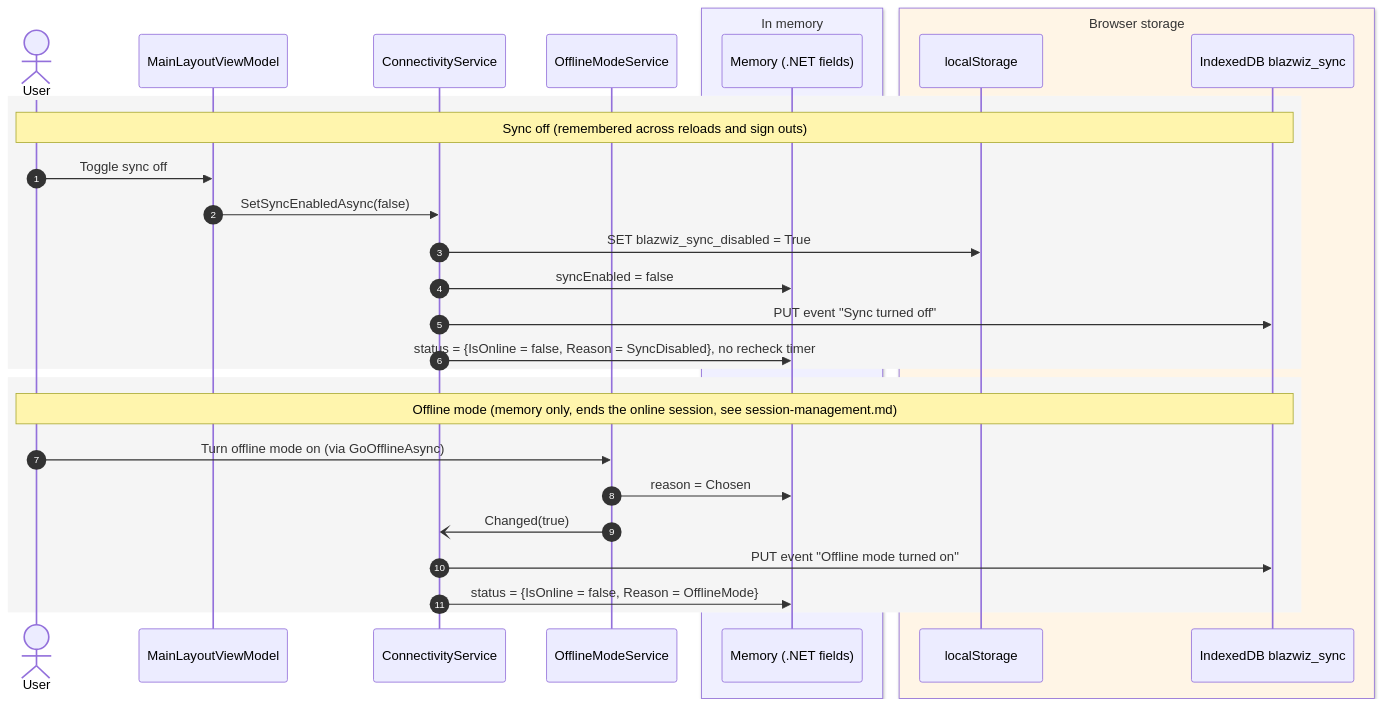
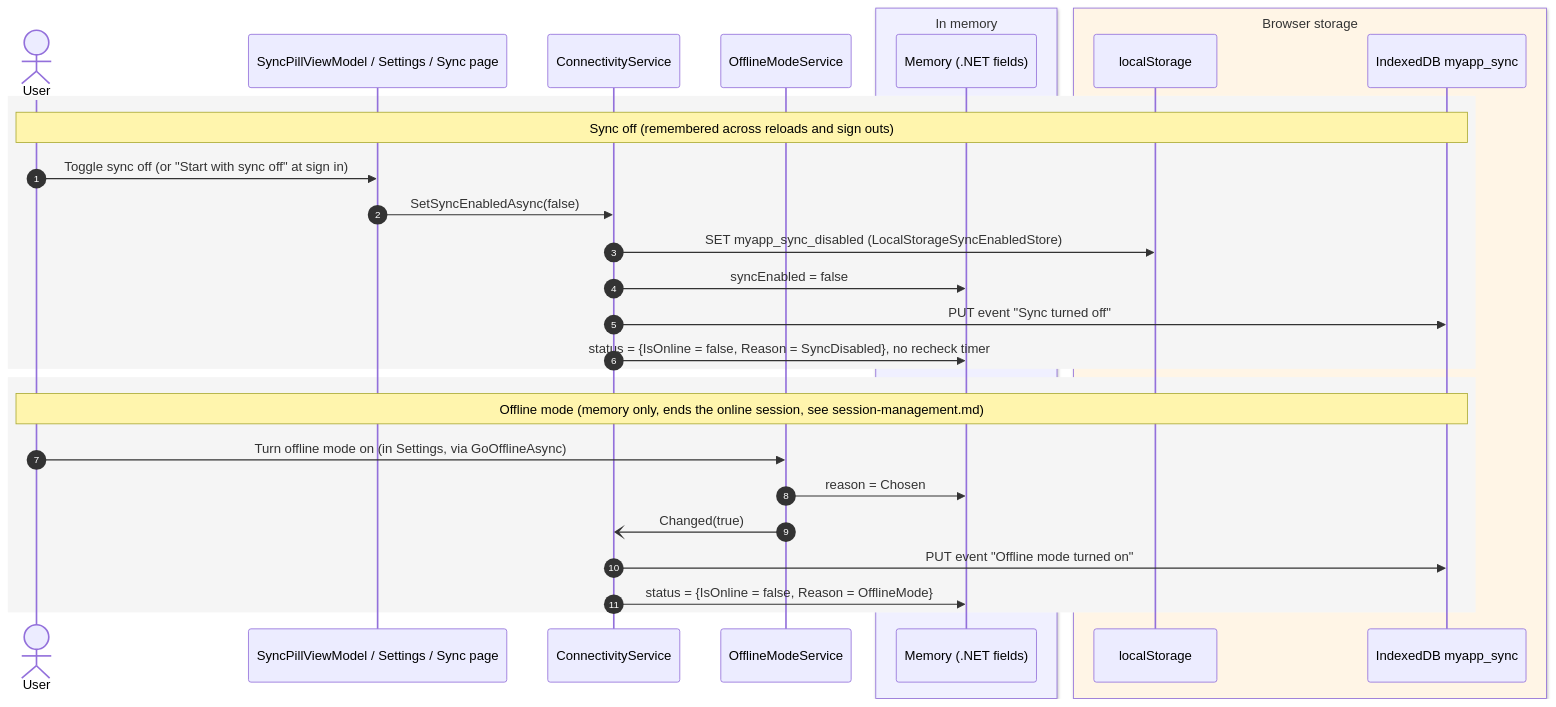
Before and after one commit to devoctomy/blazwiz: the seventh of 7 diagrams in docs/diagrams/sync.md, drawn with Mermaid. The commit also changed other lines of this file and 9 other files, not shown here.

First line of the commit message:
chore: update to documents / diagrams and agents (#17)

````diff
--- a/docs/diagrams/sync.md
+++ b/docs/diagrams/sync.md
@@ -355,34 +460,34 @@
 ```mermaid
 sequenceDiagram
     autonumber
     actor User
-    participant Layout as MainLayoutViewModel
+    participant Pill as SyncPillViewModel / Settings / Sync page
     participant Conn as ConnectivityService
     participant OMS as OfflineModeService
     box rgb(240,240,255) In memory
         participant Mem as Memory (.NET fields)
     end
     box rgb(255,245,230) Browser storage
         participant LS as localStorage
-        participant IDB as IndexedDB blazwiz_sync
+        participant IDB as IndexedDB myapp_sync
     end
 
     rect rgb(245,245,245)
     Note over User,IDB: Sync off (remembered across reloads and sign outs)
-    User->>Layout: Toggle sync off
-    Layout->>Conn: SetSyncEnabledAsync(false)
-    Conn->>LS: SET blazwiz_sync_disabled = True
+    User->>Pill: Toggle sync off (or "Start with sync off" at sign in)
+    Pill->>Conn: SetSyncEnabledAsync(false)
+    Conn->>LS: SET myapp_sync_disabled (LocalStorageSyncEnabledStore)
     Conn->>Mem: syncEnabled = false
     Conn->>IDB: PUT event "Sync turned off"
     Conn->>Mem: status = {IsOnline = false, Reason = SyncDisabled}, no recheck timer
     end
 
     rect rgb(245,245,245)
     Note over User,IDB: Offline mode (memory only, ends the online session, see session-management.md)
-    User->>OMS: Turn offline mode on (via GoOfflineAsync)
+    User->>OMS: Turn offline mode on (in Settings, via GoOfflineAsync)
     OMS->>Mem: reason = Chosen
     OMS-)Conn: Changed(true)
     Conn->>IDB: PUT event "Offline mode turned on"
     Conn->>Mem: status = {IsOnline = false, Reason = OfflineMode}
     end
 ```
````
